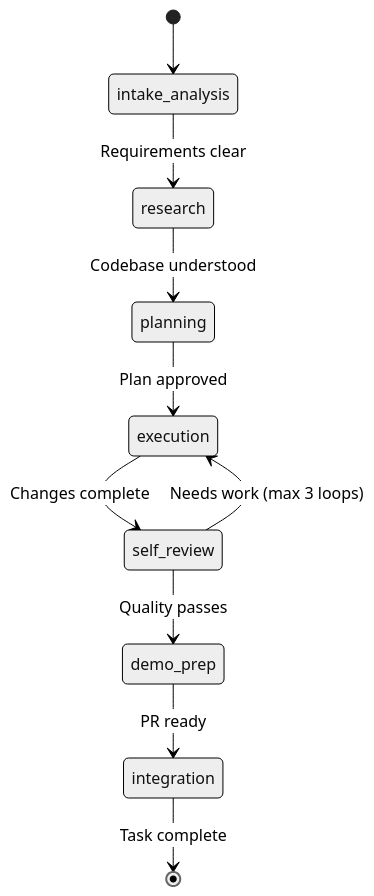
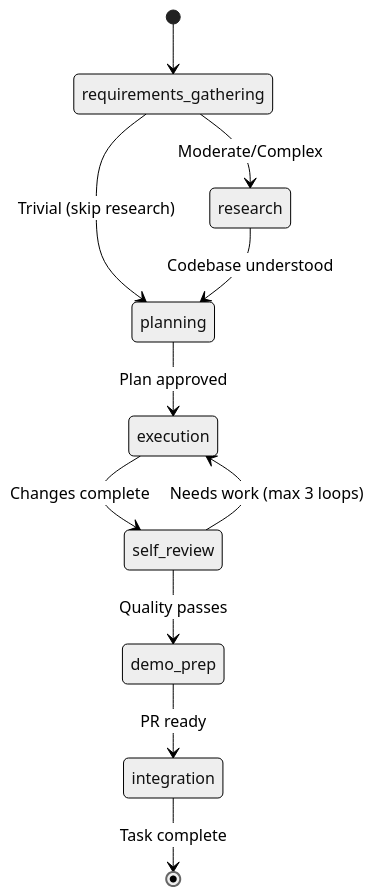
The third of 4 diagrams in docs/architecture/overview.md (FarzamMohammadi/the-engineer), drawn with Mermaid (neutral theme) before and after one commit. The commit also changed other lines of this file and 2 other files, not shown here.

Commit message:
Update docs for complexity-aware pipeline and research skipping
- Document force_full_pipeline config in orchestrator.md with example
- Update rrpir-design.md D141 section to reflect controlled research
  skipping for trivial tasks while preserving planning-never-skipped lesson
- Update architecture overview pipeline diagram with trivial task path

````diff
--- a/docs/architecture/overview.md
+++ b/docs/architecture/overview.md
@@ -106,12 +106,13 @@
 ```mermaid
 stateDiagram-v2
-    [*] --> intake_analysis
-    intake_analysis --> research : Requirements clear
+    [*] --> requirements_gathering
+    requirements_gathering --> research : Moderate/Complex
+    requirements_gathering --> planning : Trivial (skip research)
     research --> planning : Codebase understood
     planning --> execution : Plan approved
     execution --> self_review : Changes complete
     self_review --> execution : Needs work (max 3 loops)
     self_review --> demo_prep : Quality passes
     demo_prep --> integration : PR ready
     integration --> [*] : Task complete
 ```
````
